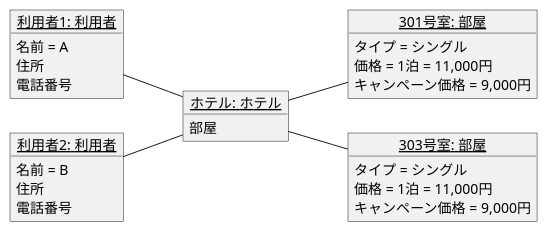
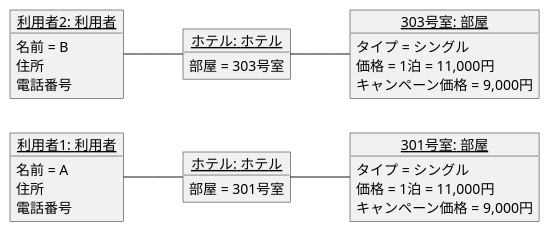
One commit to Takhshi/uml-introduction changed the diagram in 演習3-5_OBJ_ホテル宿泊予約.pu. Above: the diagram before and after it, drawn with PlantUML.

Commit message:
演習3の修正

```diff
--- a/演習3-5_OBJ_ホテル宿泊予約.pu
+++ b/演習3-5_OBJ_ホテル宿泊予約.pu
@@ -1,30 +1,33 @@
 @startuml ホテル宿泊予約
 left to right direction
 object "<u>利用者1: 利用者</u>" as customer1 {
 名前 = A
 住所
 電話番号
 }
 object "<u>利用者2: 利用者</u>" as customer2 {
 名前 = B
 住所
 電話番号
 }
 object "<u>ホテル: ホテル</u>" as hotel1 {
-部屋
+部屋 = 301号室
+}
+object "<u>ホテル: ホテル</u>" as hotel2 {
+部屋 = 303号室
 }
 object "<u>301号室: 部屋</u>" as room1 {
 タイプ = シングル
 価格 = 1泊 = 11,000円
 キャンペーン価格 = 9,000円
 }
 object "<u>303号室: 部屋</u>" as room2 {
 タイプ = シングル
 価格 = 1泊 = 11,000円
 キャンペーン価格 = 9,000円
 }
 customer1 -- hotel1
 hotel1 -- room1
-customer2 -- hotel1
-hotel1 -- room2
+customer2 -- hotel2
+hotel2 -- room2
 @enduml
```
